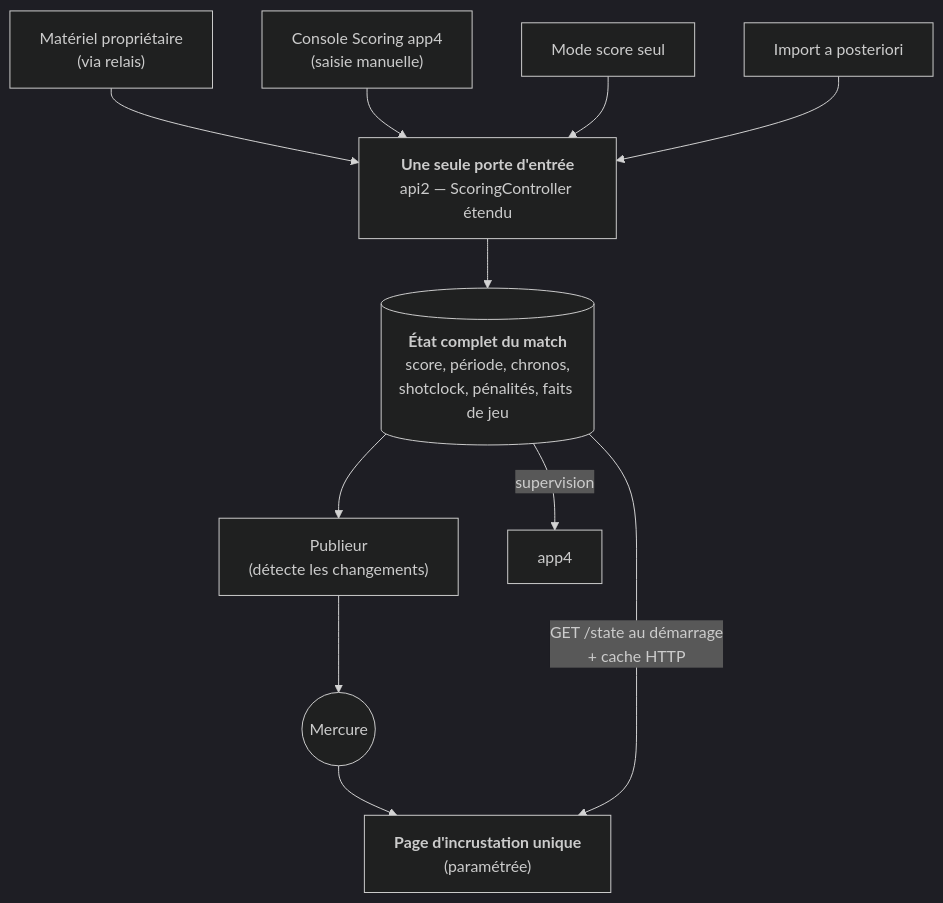
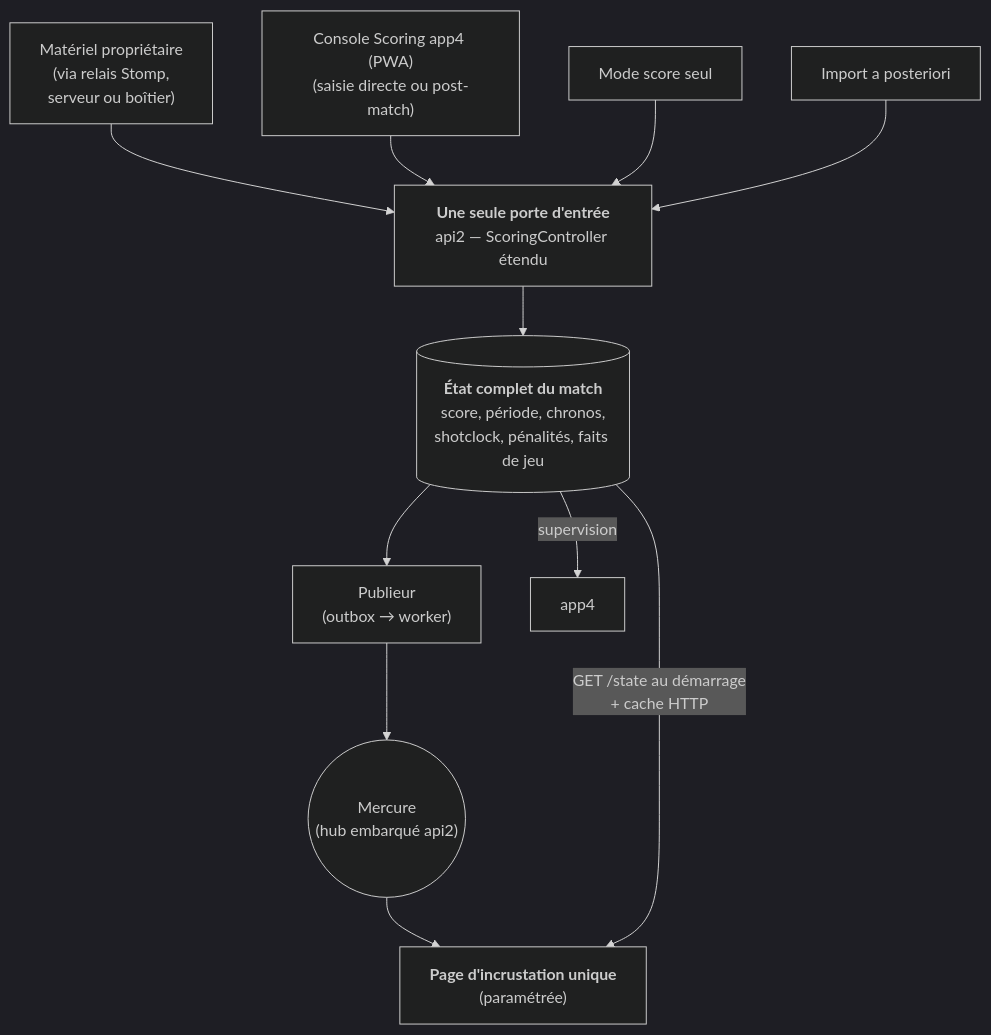
Before and after one commit to laurentgarrigue/kpi: the diagram in DOC/developer/in-progress/LIVE_MATCH_SCORING_REFACTORING_PROPOSALS.md, drawn with Mermaid (dark theme). The commit also changed other lines of this file and 258 other files, not shown here.

First line of the commit message:
Refonte du scoring live, continuité de session d'app4 (lot A) et correctif OAuth Google (#402)

````diff
--- a/DOC/developer/in-progress/LIVE_MATCH_SCORING_REFACTORING_PROPOSALS.md
+++ b/DOC/developer/in-progress/LIVE_MATCH_SCORING_REFACTORING_PROPOSALS.md
@@ -101,15 +229,15 @@
 ```mermaid
 flowchart TB
-    HW["Matériel propriétaire<br/>(via relais)"] --> ING
-    MAN["Console Scoring app4<br/>(saisie manuelle)"] --> ING
+    HW["Matériel propriétaire<br/>(via relais Stomp,<br/>serveur ou boîtier)"] --> ING
+    MAN["Console Scoring app4 (PWA)<br/>(saisie directe ou post-match)"] --> ING
     SCO["Mode score seul"] --> ING
     IMP["Import a posteriori"] --> ING
 
     ING["<b>Une seule porte d'entrée</b><br/>api2 — ScoringController étendu"] --> DB[("<b>État complet du match</b><br/>score, période, chronos,<br/>shotclock, pénalités, faits de jeu")]
 
-    DB --> PUB["Publieur<br/>(détecte les changements)"]
-    PUB --> MER(("Mercure"))
+    DB --> PUB["Publieur<br/>(outbox → worker)"]
+    PUB --> MER(("Mercure<br/>(hub embarqué api2)"))
     MER --> INC["<b>Page d'incrustation unique</b><br/>(paramétrée)"]
     DB -->|GET /state au démarrage<br/>+ cache HTTP| INC
     DB -->|supervision| APP4["app4"]
 ```
````
